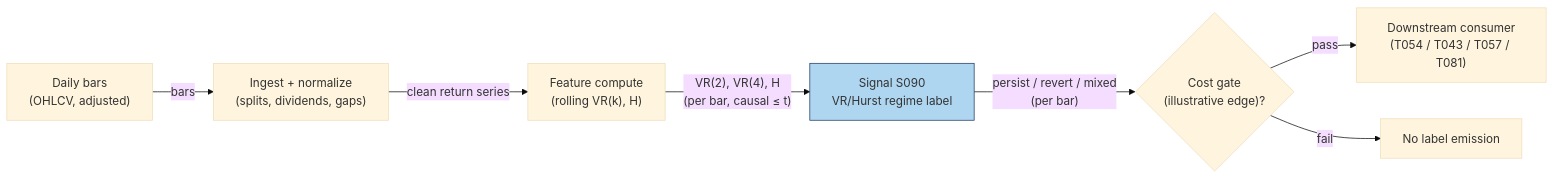
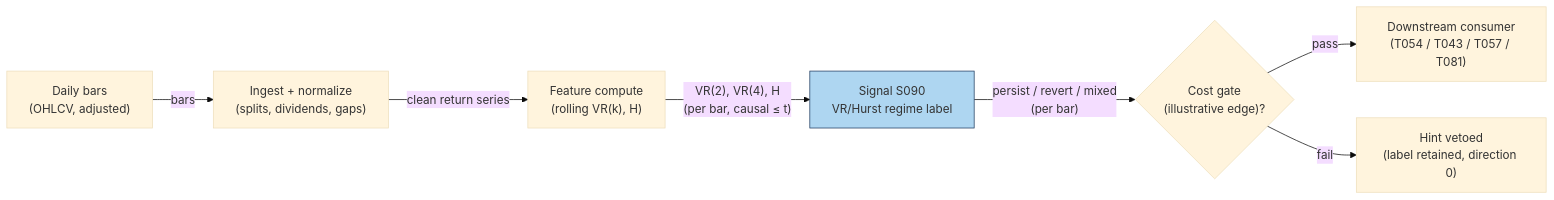
Before and after one commit to praveenguptahcl/quant-signals-deep: the diagram in modules/signals/S090.md, drawn with Mermaid (base theme). The commit also changed other lines of this file and 102 other files, not shown here.

````diff
--- a/modules/signals/S090.md
+++ b/modules/signals/S090.md
@@ -369,10 +545,10 @@
 ```mermaid
 flowchart LR
     FEED["Daily bars<br/>(OHLCV, adjusted)"] -->|"bars"| ING["Ingest + normalize<br/>(splits, dividends, gaps)"]
     ING -->|"clean return series"| FEAT["Feature compute<br/>(rolling VR(k), H)"]
     FEAT -->|"VR(2), VR(4), H<br/>(per bar, causal ≤ t)"| SIG["Signal S090<br/>VR/Hurst regime label"]
     SIG -->|"persist / revert / mixed<br/>(per bar)"| GATE{"Cost gate<br/>(illustrative edge)?"}
     GATE -->|"pass"| OUT["Downstream consumer<br/>(T054 / T043 / T057 / T081)"]
-    GATE -->|"fail"| DROP["No label emission"]
+    GATE -->|"fail"| VETO["Hint vetoed<br/>(label retained, direction 0)"]
     style SIG fill:#aed6f1,stroke:#1f3a5f
 ```
````
